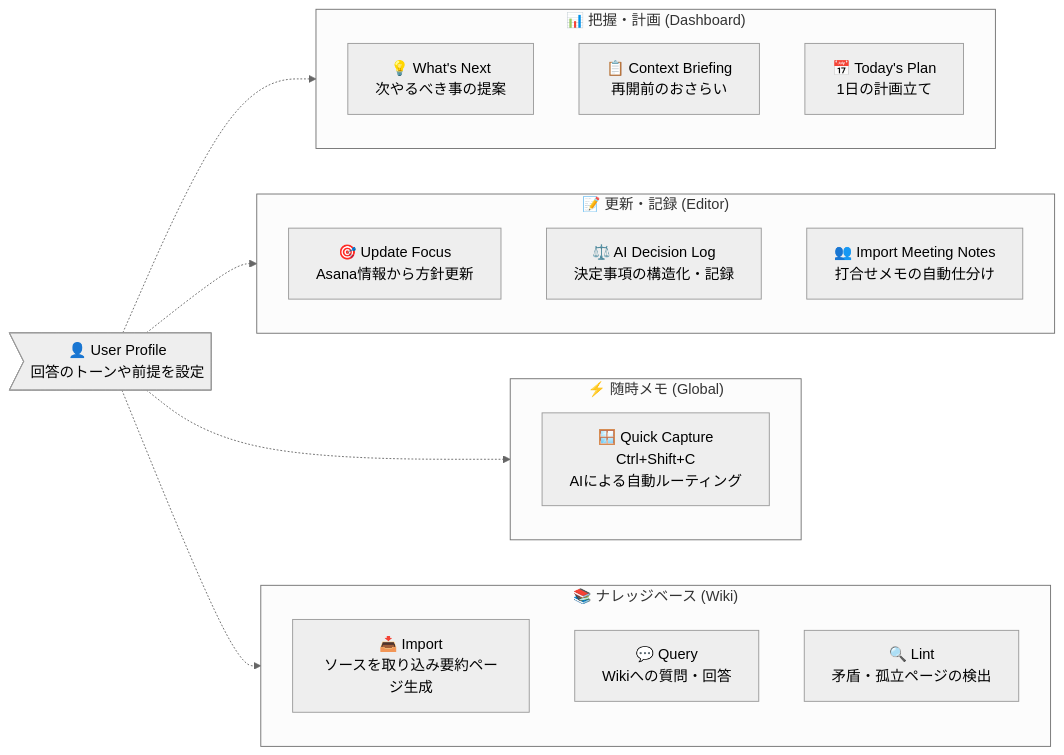
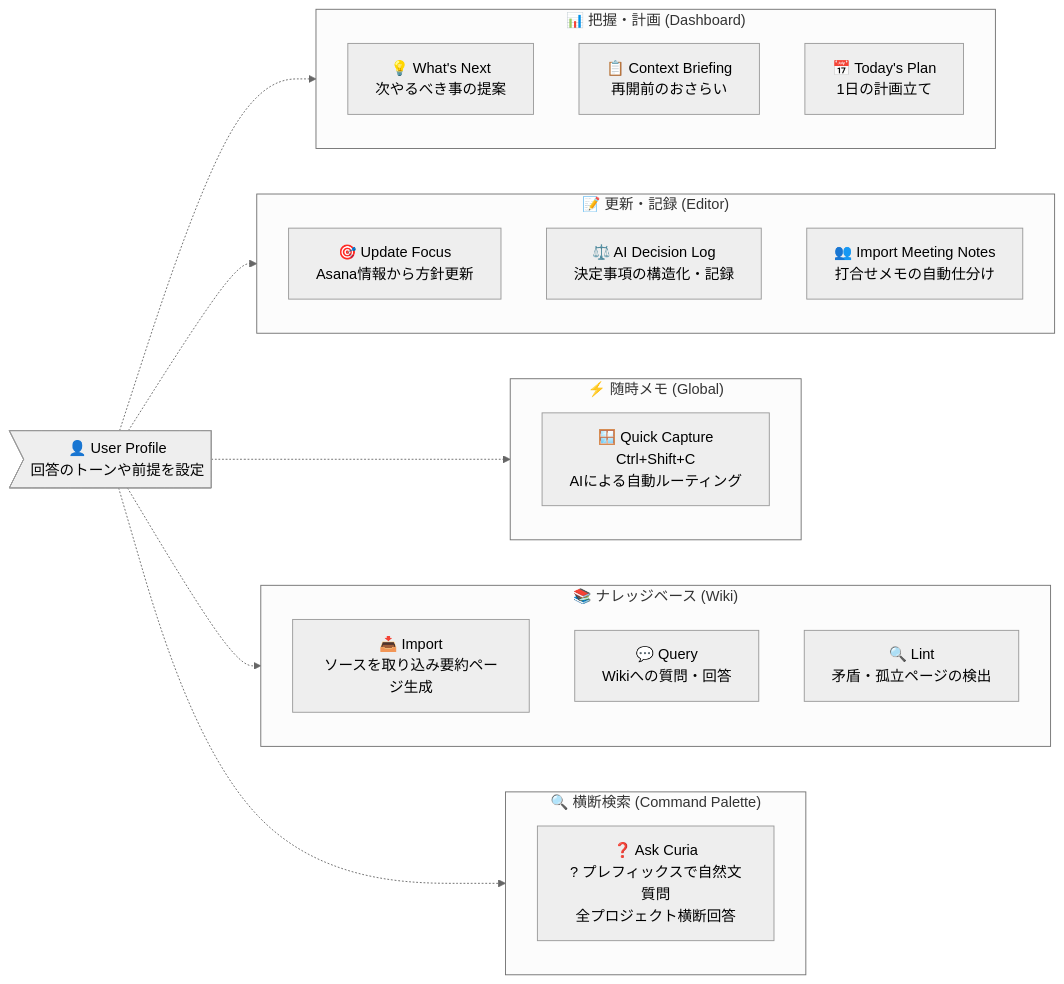
Before and after one commit to yt3trees/ProjectCurator: the diagram in docs/ai-features-ja.md, drawn with Mermaid (neutral theme). The commit also changed other lines of this file and 11 other files, not shown here.

Commit message:
feat: add Ask Curia command palette search

````diff
--- a/docs/ai-features-ja.md
+++ b/docs/ai-features-ja.md
@@ -12,37 +12,43 @@
 ```mermaid
 flowchart LR
     %% Base
     Profile>👤 User Profile<br>回答のトーンや前提を設定]
 
     %% 分類
     subgraph Dashboard ["📊 把握・計画 (Dashboard)"]
         direction TB
         WN["💡 What's Next<br>次やるべき事の提案"]
         CB["📋 Context Briefing<br>再開前のおさらい"]
         TP["📅 Today's Plan<br>1日の計画立て"]
     end
 
     subgraph Editor ["📝 更新・記録 (Editor)"]
         direction TB
         UF["🎯 Update Focus<br>Asana情報から方針更新"]
         DL["⚖️ AI Decision Log<br>決定事項の構造化・記録"]
         IM["👥 Import Meeting Notes<br>打合せメモの自動仕分け"]
     end
 
     subgraph Global ["⚡ 随時メモ (Global)"]
         direction TB
         QC["🪟 Quick Capture<br>Ctrl+Shift+C<br>AIによる自動ルーティング"]
     end
 
     subgraph Wiki ["📚 ナレッジベース (Wiki)"]
         direction TB
         WI["📥 Import<br>ソースを取り込み要約ページ生成"]
         WQ["💬 Query<br>Wikiへの質問・回答"]
         WL["🔍 Lint<br>矛盾・孤立ページの検出"]
     end
 
+    subgraph CommandPalette ["🔍 横断検索 (Command Palette)"]
+        direction TB
+        AC["❓ Ask Curia<br>? プレフィックスで自然文質問<br>全プロジェクト横断回答"]
+    end
+
     Profile -.-> Dashboard
     Profile -.-> Editor
     Profile -.-> Global
     Profile -.-> Wiki
+    Profile -.-> CommandPalette
 ```
````
